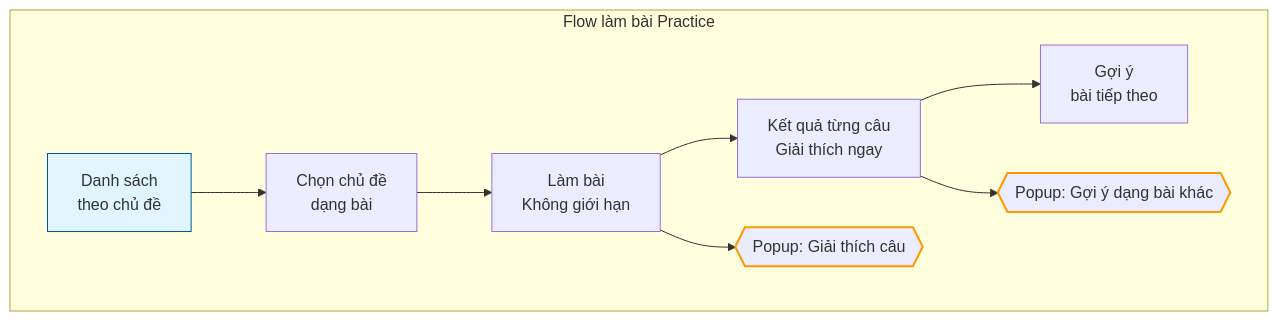
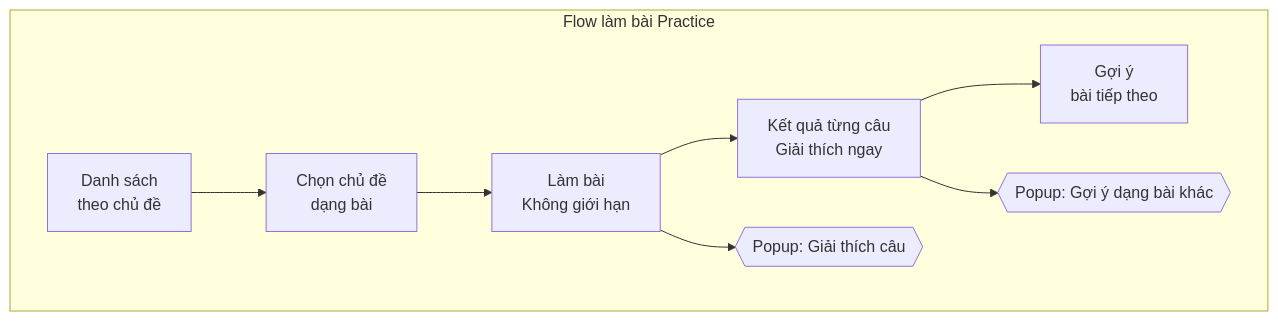
One commit to ongbadayhoa/study changed the fourth of 5 diagrams in README.md. Above: the diagram before and after it, drawn with Mermaid. The commit also changed other lines of this file, not shown here.

````diff
--- a/README.md
+++ b/README.md
@@ -97,13 +91,11 @@
 ```mermaid
 flowchart TD
     subgraph PracticeFlow[Flow làm bài Practice]
-        P1[Danh sách\ntheo chủ đề] --> P2[Chọn chủ đề\ndạng bài]
-        P2 --> P3[Làm bài\nKhông giới hạn]
-        P3 --> P4[Kết quả từng câu\nGiải thích ngay]
-        P4 --> P5[Gợi ý\nbài tiếp theo]
-        P3 --> PP1{{Popup: Giải thích câu}}:::popup
-        P4 --> PP2{{Popup: Gợi ý dạng bài khác}}:::popup
-        style P1 fill:#e1f5fe,stroke:#01579b
+        P1[Danh sách<br>theo chủ đề] --> P2[Chọn chủ đề<br>dạng bài]
+        P2 --> P3[Làm bài<br>Không giới hạn]
+        P3 --> P4[Kết quả từng câu<br>Giải thích ngay]
+        P4 --> P5[Gợi ý<br>bài tiếp theo]
+        P3 --> PP1{{Popup: Giải thích câu}}
+        P4 --> PP2{{Popup: Gợi ý dạng bài khác}}
     end
-    classDef popup stroke:#ff9800,stroke-width:2px;
 ```
````
